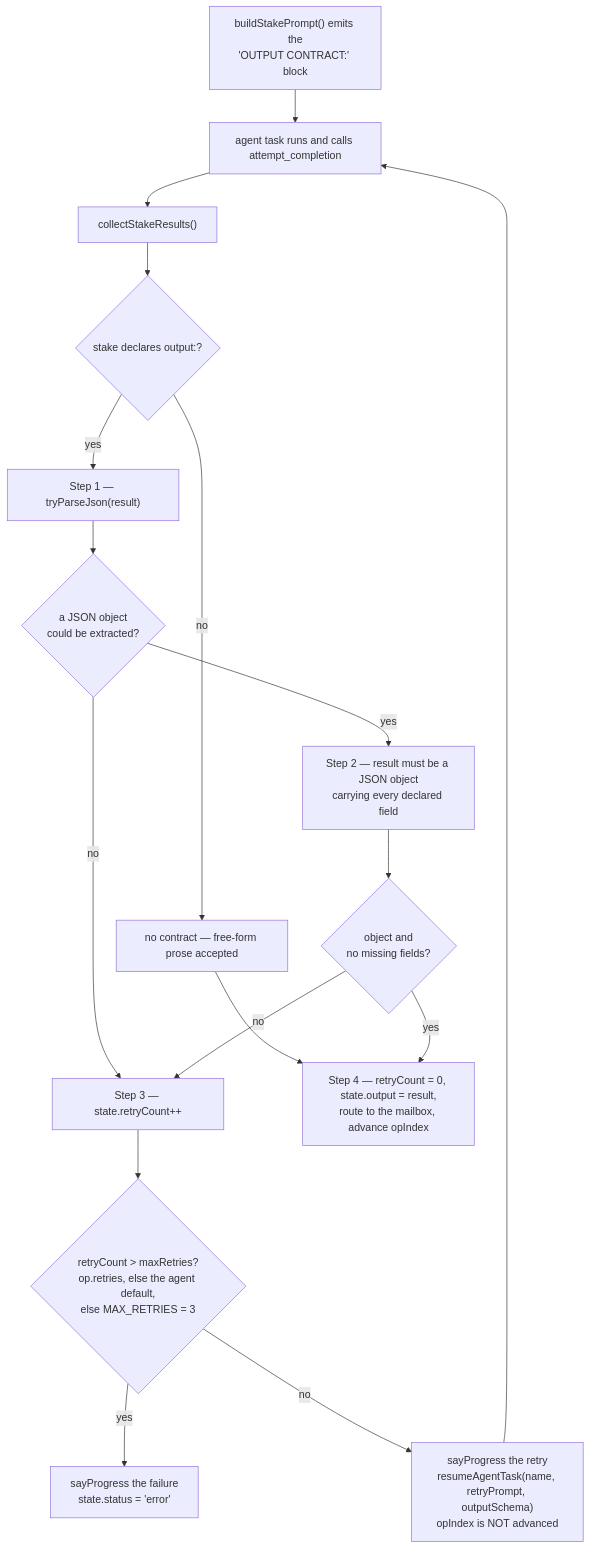
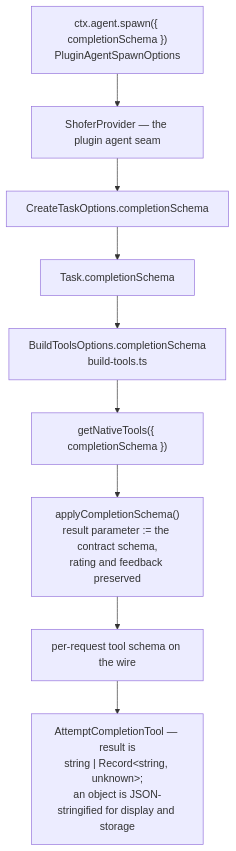
One commit to shofer-dev/shofer changed the first of 2 diagrams in docs/output_contract_enforcement.md. Above: the diagram before and after it, drawn with Mermaid. The commit also changed other lines of this file and 185 other files, not shown here.

````diff
--- a/docs/output_contract_enforcement.md
+++ b/docs/output_contract_enforcement.md
@@ -64,28 +33,14 @@
 ```mermaid
 flowchart TD
-    P["buildStakePrompt() emits the<br/>'OUTPUT CONTRACT:' block"]
-    A["agent task runs and calls attempt_completion"]
-    C["collectStakeResults()"]
-    S0{"stake declares output:?"}
-    OK0["no contract — free-form prose accepted"]
-    S1["Step 1 — tryParseJson(result)"]
-    Q1{"a JSON object<br/>could be extracted?"}
-    S2["Step 2 — result must be a JSON object<br/>carrying every declared field"]
-    Q2{"object and<br/>no missing fields?"}
-    S3["Step 3 — state.retryCount++"]
-    Q3{"retryCount &gt; maxRetries?<br/>op.retries, else the agent default,<br/>else MAX_RETRIES = 3"}
-    ERR["sayProgress the failure<br/>state.status = 'error'"]
-    RETRY["sayProgress the retry<br/>resumeAgentTask(name, retryPrompt, outputSchema)<br/>opIndex is NOT advanced"]
-    S4["Step 4 — retryCount = 0, state.output = result,<br/>route to the mailbox, advance opIndex"]
+    SP["ctx.agent.spawn({ completionSchema })<br/>PluginAgentSpawnOptions"]
+    HOST["ShoferProvider — the plugin agent seam"]
+    CTO["CreateTaskOptions.completionSchema"]
+    TK["Task.completionSchema"]
+    BT["BuildToolsOptions.completionSchema<br/>build-tools.ts"]
+    GN["getNativeTools({ completionSchema })"]
+    AC["applyCompletionSchema()<br/>result parameter := the contract schema,<br/>rating and feedback preserved"]
+    W["per-request tool schema on the wire"]
+    ACT["AttemptCompletionTool — result is<br/>string | Record&lt;string, unknown&gt;;<br/>an object is JSON-stringified for display and storage"]
 
-    P --> A --> C --> S0
-    S0 -->|no| OK0 --> S4
-    S0 -->|yes| S1 --> Q1
-    Q1 -->|no| S3
-    Q1 -->|yes| S2 --> Q2
-    Q2 -->|no| S3
-    Q2 -->|yes| S4
-    S3 --> Q3
-    Q3 -->|yes| ERR
-    Q3 -->|no| RETRY --> A
+    SP --> HOST --> CTO --> TK --> BT --> GN --> AC --> W --> ACT
 ```
````
